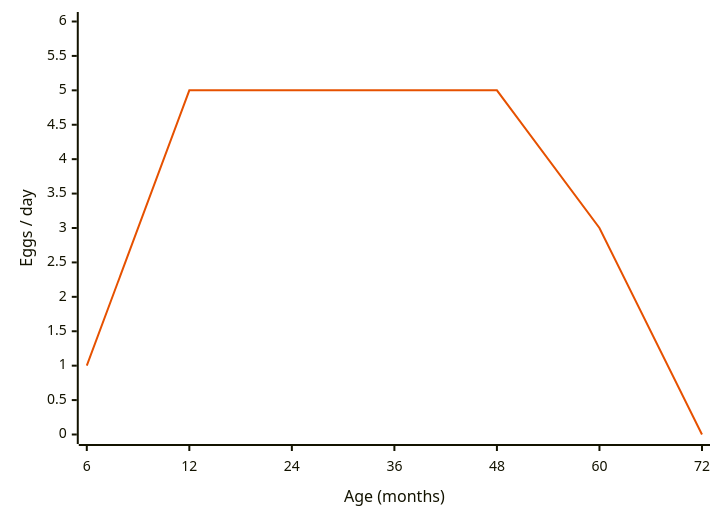
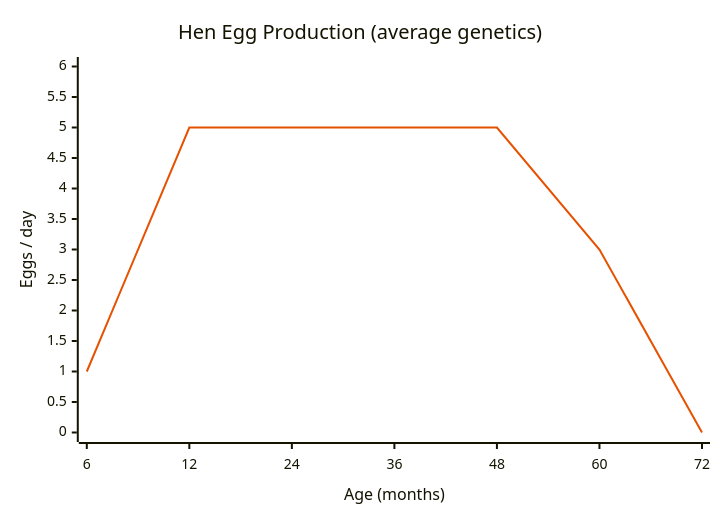
One commit to rittermod/FS25_RealisticLivestockRM changed the diagram in docs/user-guide/factsheet-chickens.md. Above: the diagram before and after it, drawn with Mermaid. The commit also changed 4 other files, not shown here.

Commit message:
docs: still fighting mermaids

````diff
--- a/docs/user-guide/factsheet-chickens.md
+++ b/docs/user-guide/factsheet-chickens.md
@@ -40,7 +40,8 @@
 ```mermaid
 %%{init: {"themeVariables": {"xyChart": {"plotColorPalette": "#e65100"}}}}%%
 xychart-beta
+    title "Hen Egg Production (average genetics)"
     x-axis "Age (months)" [6, 12, 24, 36, 48, 60, 72]
     y-axis "Eggs / day" 0 --> 6
     line [1, 5, 5, 5, 5, 3, 0]
 ```
````
